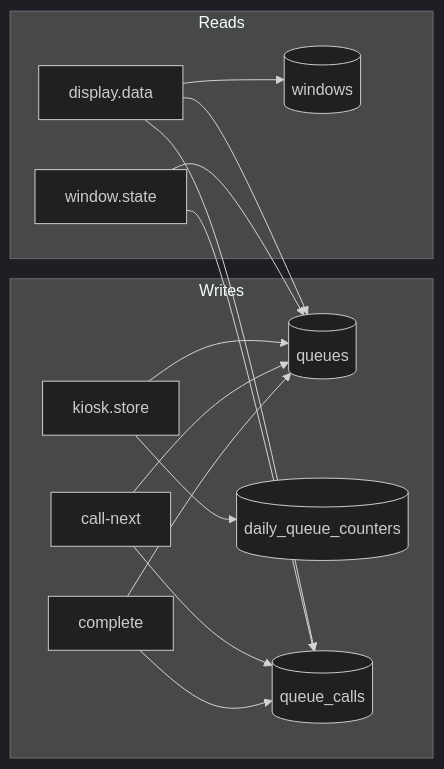
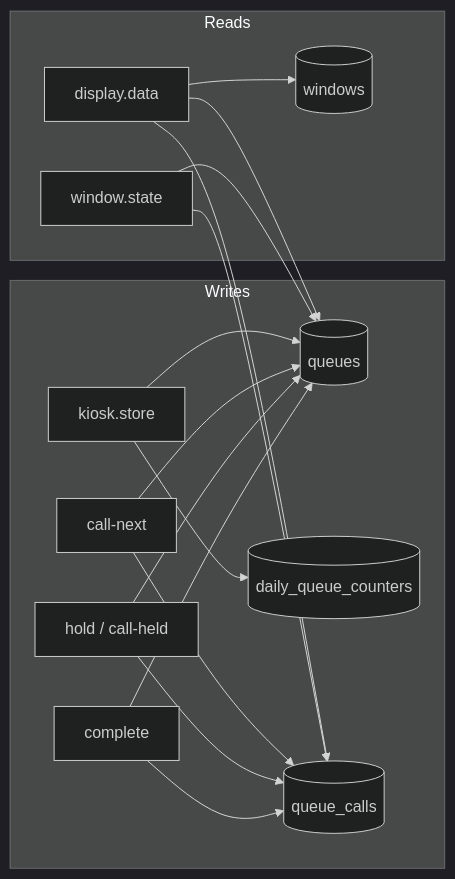
Diagram 11 of 12 in docs/system-flowchart.md (rhems95/queuing-system), drawn with Mermaid (dark theme) before and after one commit. The commit also changed other lines of this file and 9 other files, not shown here.

First line of the commit message:
Document Student ID, Hold, and admin students in the diagrams.

````diff
--- a/docs/system-flowchart.md
+++ b/docs/system-flowchart.md
@@ -325,18 +335,20 @@
 ```mermaid
 flowchart LR
     subgraph Writes["Writes"]
         K["kiosk.store"] --> Q[(queues)]
         K --> D[(daily_queue_counters)]
         CN["call-next"] --> Q
         CN --> QC[(queue_calls)]
+        HD["hold / call-held"] --> Q
+        HD --> QC
         CP["complete"] --> Q
         CP --> QC
     end
     subgraph Reads["Reads"]
         DISP["display.data"] --> Q
         DISP --> WIN[(windows)]
         DISP --> QC
         ST["window.state"] --> Q
         ST --> QC
     end
 ```
````
